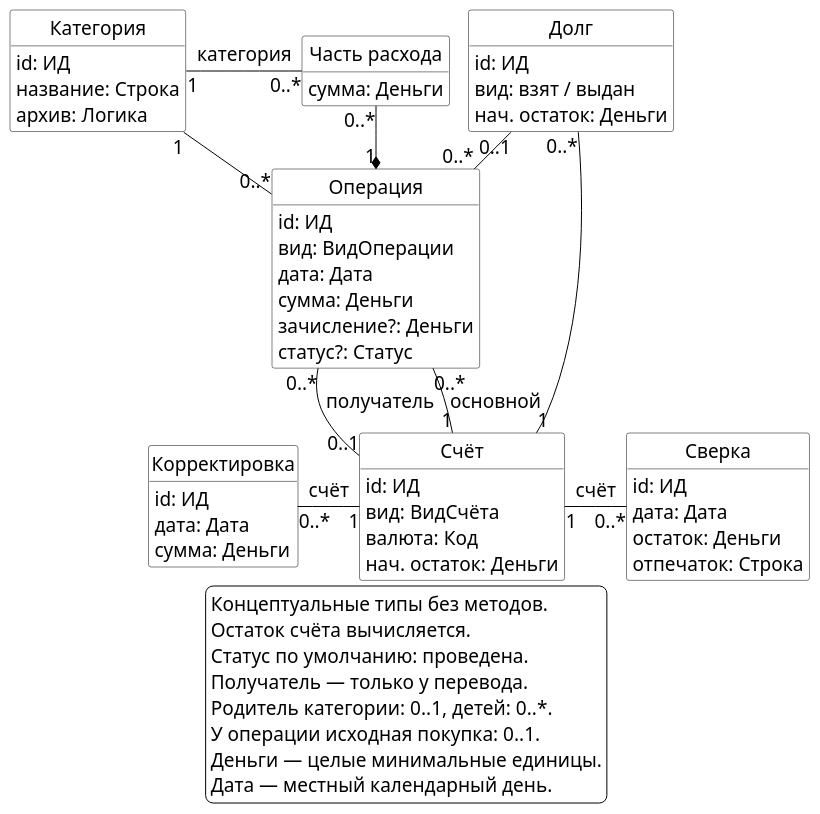
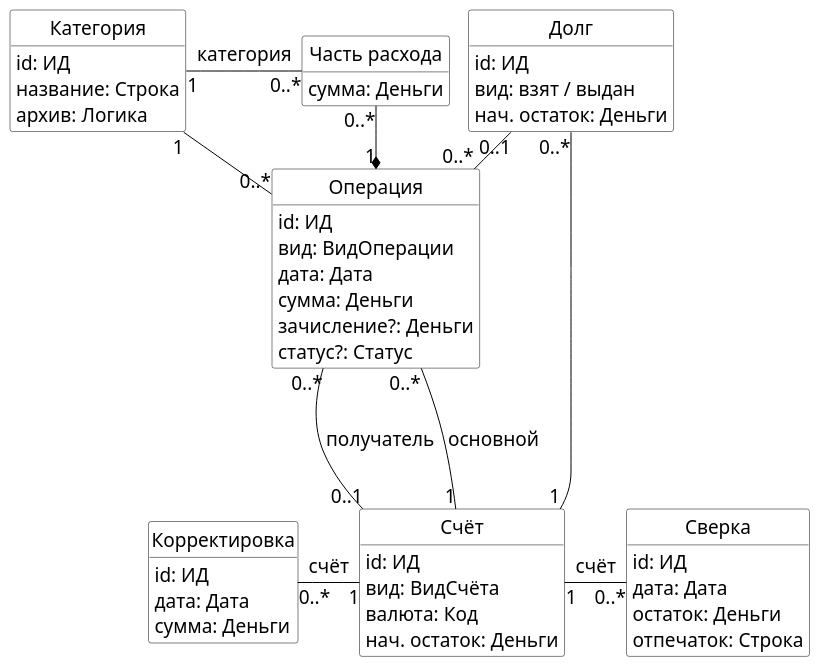
The diagram in output/thesis/figures/08-domain-ledger.puml (Tiroras/lad-finance), drawn with PlantUML before and after one commit. The commit also changed 15 other files, not shown here.

```diff
--- a/output/thesis/figures/08-domain-ledger.puml
+++ b/output/thesis/figures/08-domain-ledger.puml
@@ -1,81 +1,70 @@
 @startuml
 !pragma layout smetana
 skinparam backgroundColor white
 skinparam shadowing false
 skinparam defaultFontName Arial
 skinparam defaultFontSize 19
 skinparam classFontSize 20
 skinparam classAttributeFontSize 19
 skinparam ArrowFontSize 19
-skinparam legendFontSize 19
 skinparam classBackgroundColor white
 skinparam classBorderColor black
 skinparam ArrowColor black
 skinparam classAttributeIconSize 0
 skinparam nodesep 40
 skinparam ranksep 25
 hide circle
 hide methods
 
 class "Категория" as Category {
   id: ИД
   название: Строка
   архив: Логика
 }
 class "Часть расхода" as Split {
   сумма: Деньги
 }
 class "Долг" as Debt {
   id: ИД
   вид: взят / выдан
   нач. остаток: Деньги
 }
 class "Операция" as Transaction {
   id: ИД
   вид: ВидОперации
   дата: Дата
   сумма: Деньги
   зачисление?: Деньги
   статус?: Статус
 }
 class "Счёт" as Account {
   id: ИД
   вид: ВидСчёта
   валюта: Код
   нач. остаток: Деньги
 }
 class "Корректировка" as Adjustment {
   id: ИД
   дата: Дата
   сумма: Деньги
 }
 class "Сверка" as Reconciliation {
   id: ИД
   дата: Дата
   остаток: Деньги
   отпечаток: Строка
 }
 
 Category -[hidden]right- Split
 Split -[hidden]right- Debt
 Category "1" -- "0..*" Transaction
 Category "1" --right-- "0..*" Split : категория
 Transaction "1" *-up- "0..*" Split
 Debt "0..1" -- "0..*" Transaction
-Account "1" -up- "0..*" Transaction : основной
-Account "0..1" -up- "0..*" Transaction : получатель
+Account "1" --up-- "0..*" Transaction : основной
+Account "0..1" --up-- "0..*" Transaction : получатель
 Account "1" -- "0..*" Debt
 Account "1" --left-- "0..*" Adjustment : счёт
 Account "1" --right-- "0..*" Reconciliation : счёт
 
-legend bottom
-  Концептуальные типы без методов.
-  Остаток счёта вычисляется.
-  Статус по умолчанию: проведена.
-  Получатель — только у перевода.
-  Родитель категории: 0..1, детей: 0..*.
-  У операции исходная покупка: 0..1.
-  Деньги — целые минимальные единицы.
-  Дата — местный календарный день.
-endlegend
 @enduml
```
